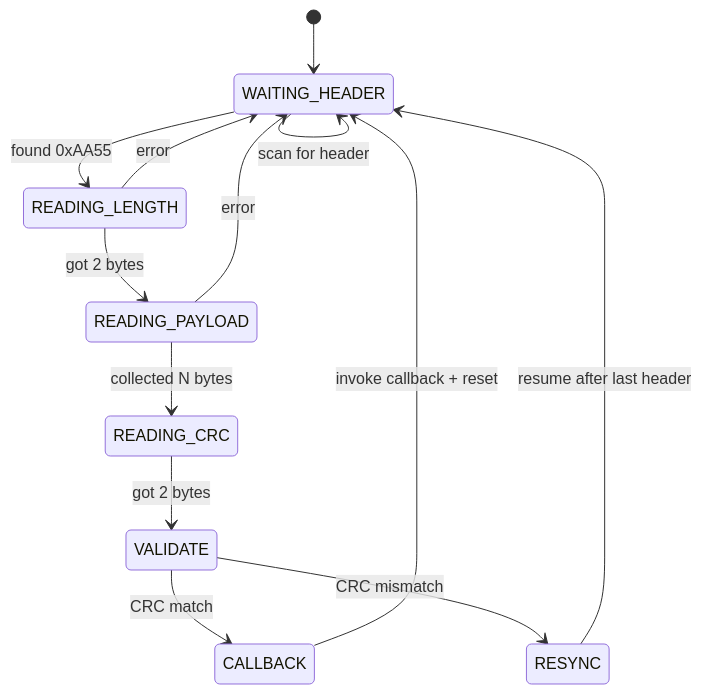
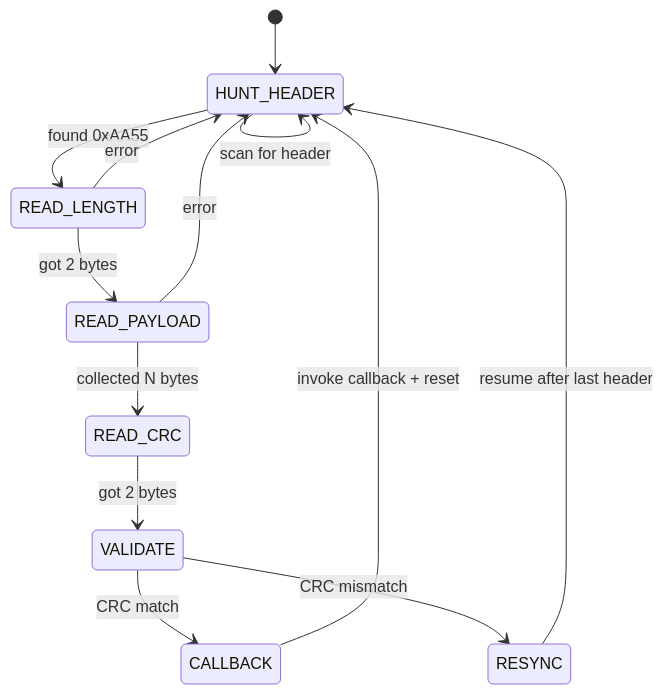
The fourth of 4 diagrams in ai-docs/c4/code.md (yoseforb/drone-stream-parser), drawn with Mermaid before and after one commit. The commit also changed other lines of this file and 3 other files, not shown here.

Commit message:
docs(c4): aligned with architecture and adrs documents

````diff
--- a/ai-docs/c4/code.md
+++ b/ai-docs/c4/code.md
@@ -757,21 +757,21 @@
 ```mermaid
 stateDiagram-v2
-    [*] --> WAITING_HEADER
+    [*] --> HUNT_HEADER
 
-    WAITING_HEADER --> READING_LENGTH: found 0xAA55
-    WAITING_HEADER --> WAITING_HEADER: scan for header
+    HUNT_HEADER --> READ_LENGTH: found 0xAA55
+    HUNT_HEADER --> HUNT_HEADER: scan for header
 
-    READING_LENGTH --> READING_PAYLOAD: got 2 bytes
-    READING_LENGTH --> WAITING_HEADER: error
+    READ_LENGTH --> READ_PAYLOAD: got 2 bytes
+    READ_LENGTH --> HUNT_HEADER: error
 
-    READING_PAYLOAD --> READING_CRC: collected N bytes
-    READING_PAYLOAD --> WAITING_HEADER: error
+    READ_PAYLOAD --> READ_CRC: collected N bytes
+    READ_PAYLOAD --> HUNT_HEADER: error
 
-    READING_CRC --> VALIDATE: got 2 bytes
+    READ_CRC --> VALIDATE: got 2 bytes
 
     VALIDATE --> CALLBACK: CRC match
     VALIDATE --> RESYNC: CRC mismatch
 
-    CALLBACK --> WAITING_HEADER: invoke callback + reset
-    RESYNC --> WAITING_HEADER: resume after last header
+    CALLBACK --> HUNT_HEADER: invoke callback + reset
+    RESYNC --> HUNT_HEADER: resume after last header
 ```
````
